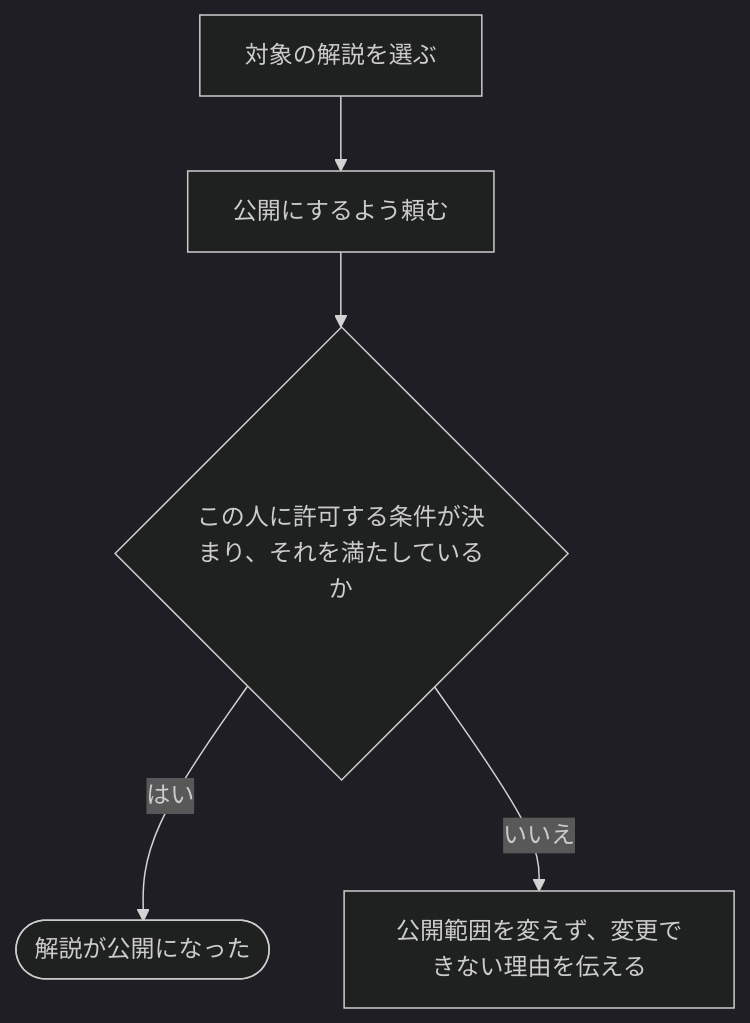
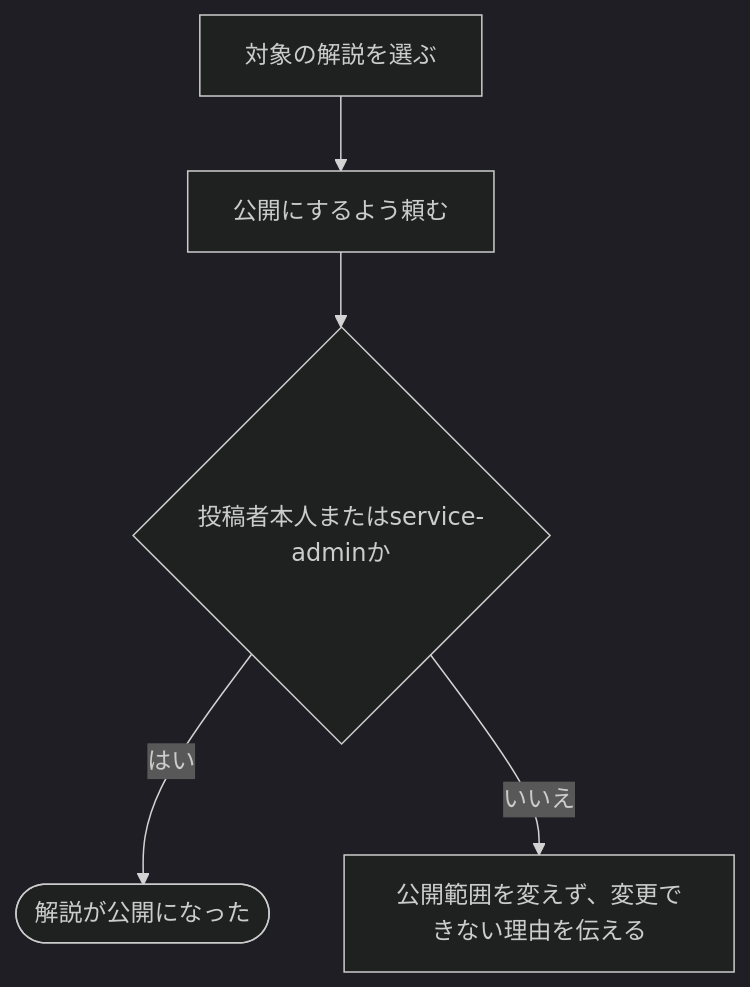
Before and after one commit to traP-jp/traOJudge: the diagram in docs/requirements/scenarios/permissions/publish-editorial.md, drawn with Mermaid (dark theme). The commit also changed other lines of this file and 39 other files, not shown here.

````diff
--- a/docs/requirements/scenarios/permissions/publish-editorial.md
+++ b/docs/requirements/scenarios/permissions/publish-editorial.md
@@ -26,7 +26,7 @@
 ```mermaid
 flowchart TD
     A["対象の解説を選ぶ"] --> B["公開にするよう頼む"]
-    B --> C{"この人に許可する条件が決まり、それを満たしているか"}
+    B --> C{"投稿者本人またはservice-adminか"}
     C -->|はい| D(["解説が公開になった"])
     C -->|いいえ| E["公開範囲を変えず、変更できない理由を伝える"]
 ```
````
